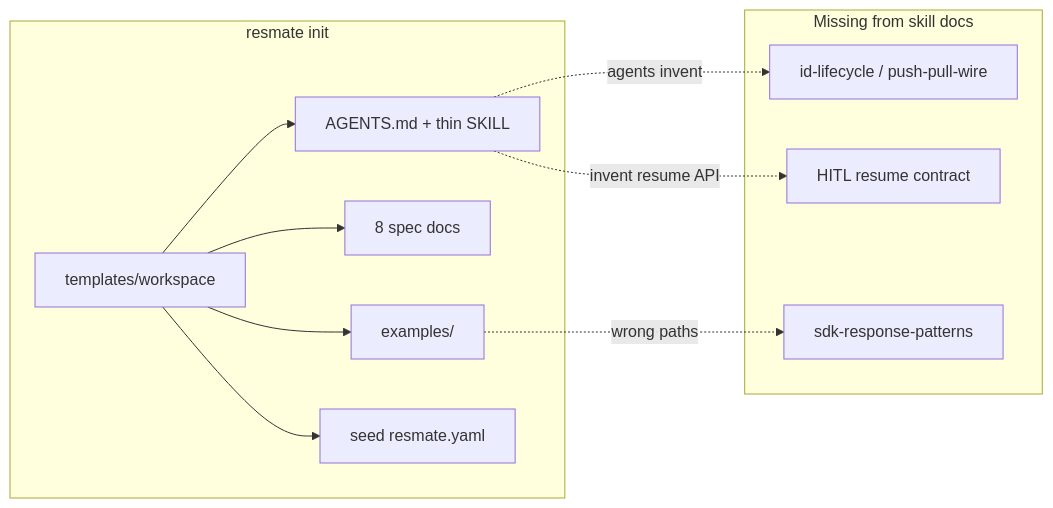
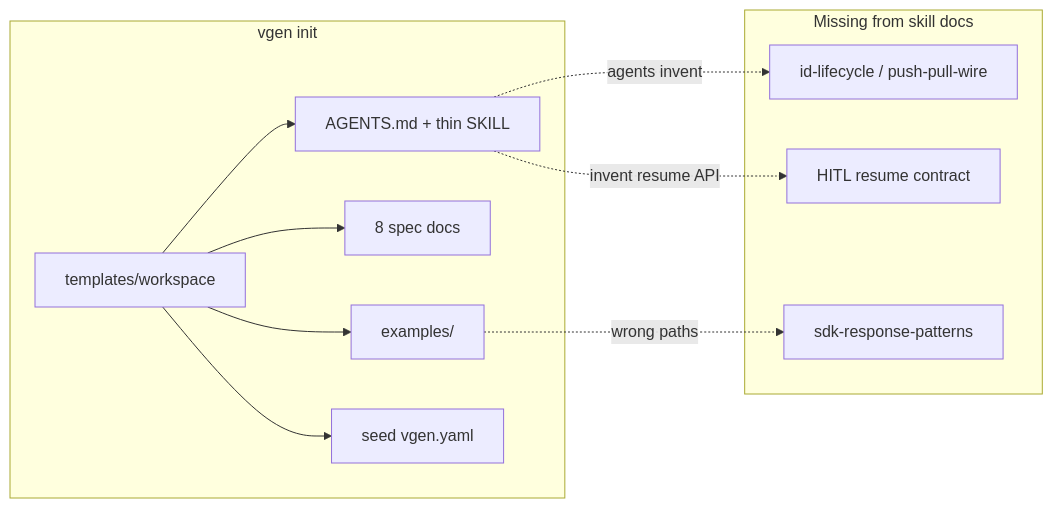
Before and after one commit to battikerigayathri/vgen-cli: the second of 4 diagrams in docs/INIT-AUTHORING-KIT-GAPS-PLAN.md, drawn with Mermaid. The commit also changed other lines of this file and 120 other files, not shown here.

Commit message:
changed every occurence of resmate/RESMATE with vgen/VGEN

````diff
--- a/docs/INIT-AUTHORING-KIT-GAPS-PLAN.md
+++ b/docs/INIT-AUTHORING-KIT-GAPS-PLAN.md
@@ -101,17 +101,17 @@
 ```mermaid
 flowchart LR
-  subgraph init["resmate init"]
+  subgraph init["vgen init"]
     A[templates/workspace] --> B[AGENTS.md + thin SKILL]
     A --> C[8 spec docs]
     A --> D[examples/]
-    A --> E[seed resmate.yaml]
+    A --> E[seed vgen.yaml]
   end
   subgraph missing["Missing from skill docs"]
     G[id-lifecycle / push-pull-wire]
     H[sdk-response-patterns]
     I[HITL resume contract]
   end
   B -.->|agents invent| G
   D -.->|wrong paths| H
   B -.->|invent resume API| I
 ```
````
